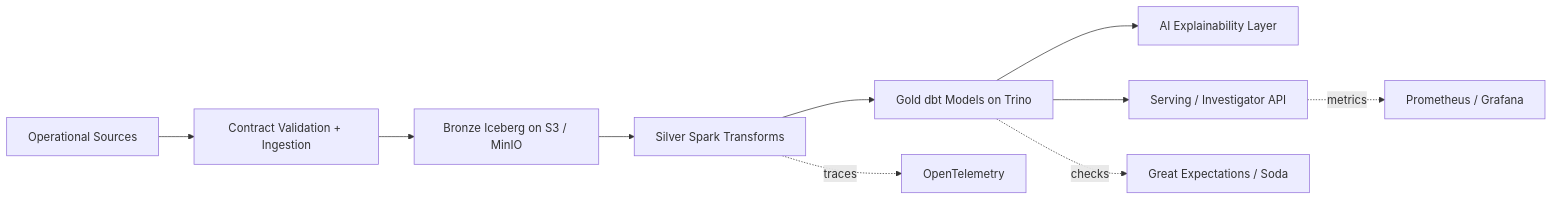
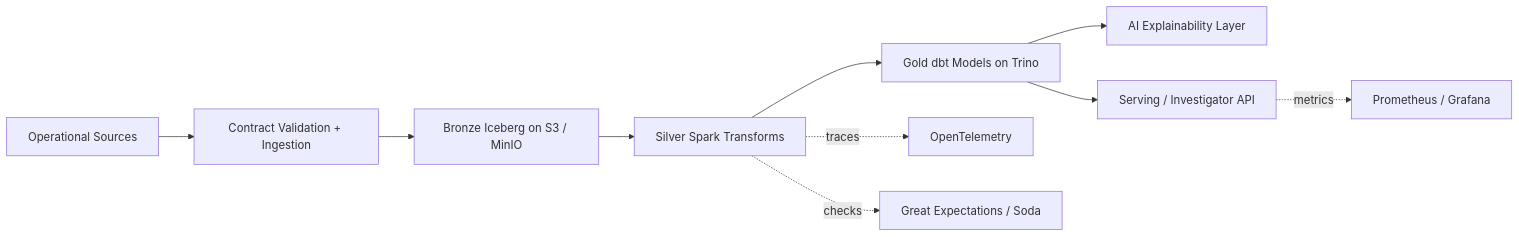
One commit to mayankmani09/incentive-fraud-lakehouse changed the first of 3 diagrams in README.md. Above: the diagram before and after it, drawn with Mermaid. The commit also changed 3 other files, not shown here.

````diff
--- a/README.md
+++ b/README.md
@@ -21,12 +21,12 @@
 ```mermaid
 flowchart LR
     A[Operational Sources] --> B[Contract Validation + Ingestion]
     B --> C[Bronze Iceberg on S3 / MinIO]
     C --> D[Silver Spark Transforms]
     D --> E[Gold dbt Models on Trino]
     E --> F[AI Explainability Layer]
     E --> G[Serving / Investigator API]
     D -. traces .-> H[OpenTelemetry]
-    E -. checks .-> I[Great Expectations / Soda]
+    D -. checks .-> I[Great Expectations / Soda]
     G -. metrics .-> J[Prometheus / Grafana]
 ```
````
